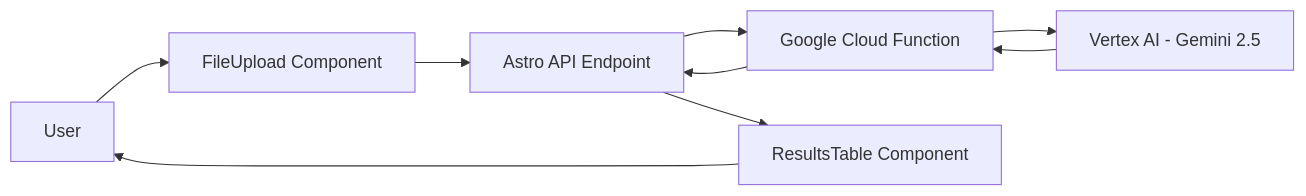
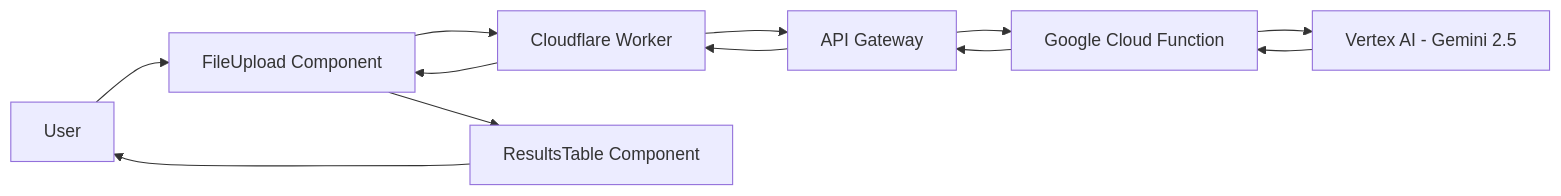
The diagram in docs/lab-extraction-implementation.md (SnowflakeHealth/tyl), drawn with Mermaid before and after one commit. The commit also changed other lines of this file and 5 other files, not shown here.

First line of the commit message:
Implement lab extraction with Cloudflare Worker and Gemini 2.0

````diff
--- a/docs/lab-extraction-implementation.md
+++ b/docs/lab-extraction-implementation.md
@@ -8,11 +8,14 @@
 ```mermaid
 graph LR
     A[User] --> B[FileUpload Component]
-    B --> C[Astro API Endpoint]
-    C --> D[Google Cloud Function]
-    D --> E[Vertex AI - Gemini 2.5]
+    B --> C[Cloudflare Worker]
+    C --> D[API Gateway]
+    D --> E[Google Cloud Function]
+    E --> F[Vertex AI - Gemini 2.5]
+    F --> E
     E --> D
     D --> C
-    C --> F[ResultsTable Component]
-    F --> A
+    C --> B
+    B --> G[ResultsTable Component]
+    G --> A
 ```
````
